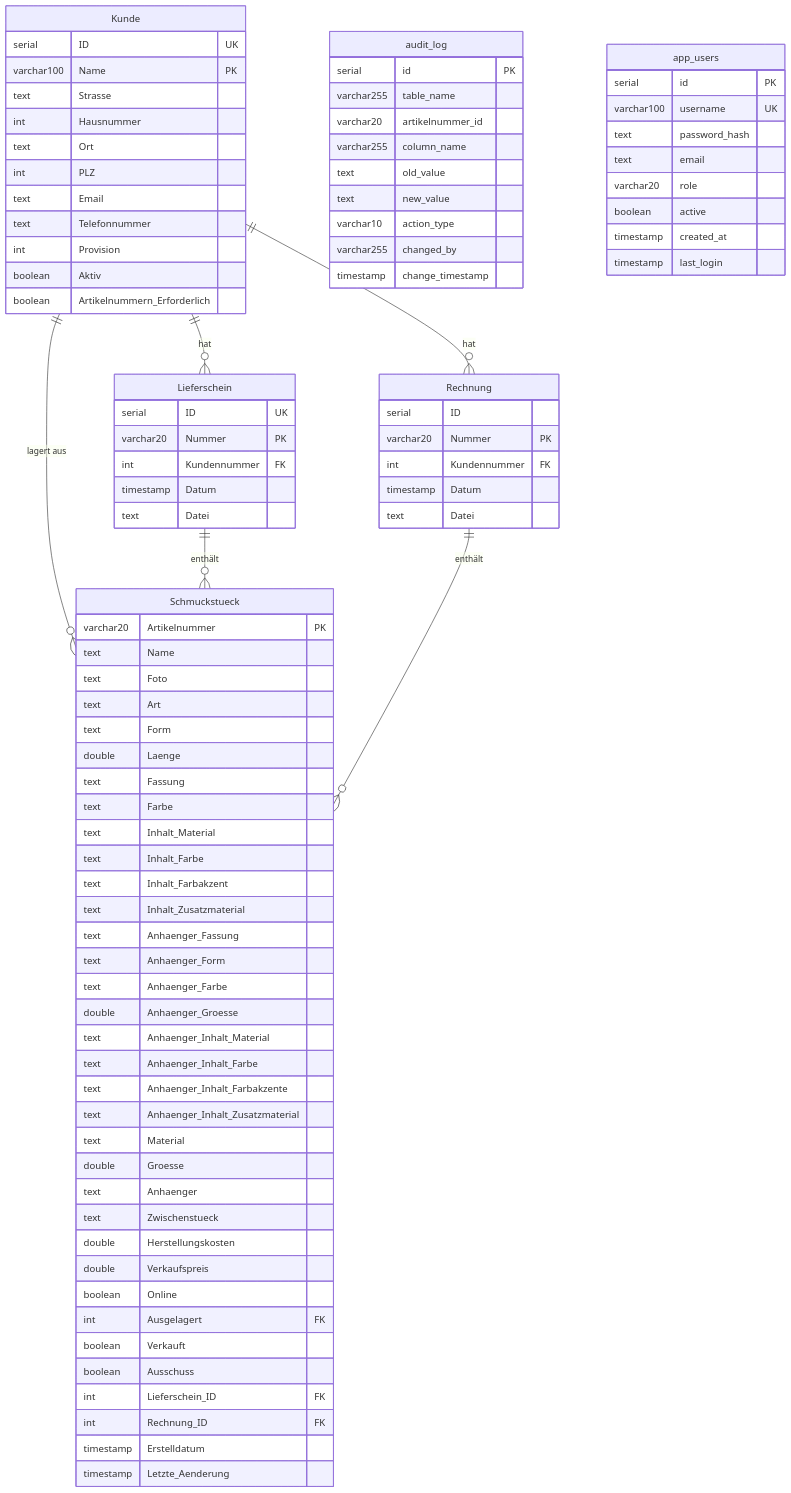
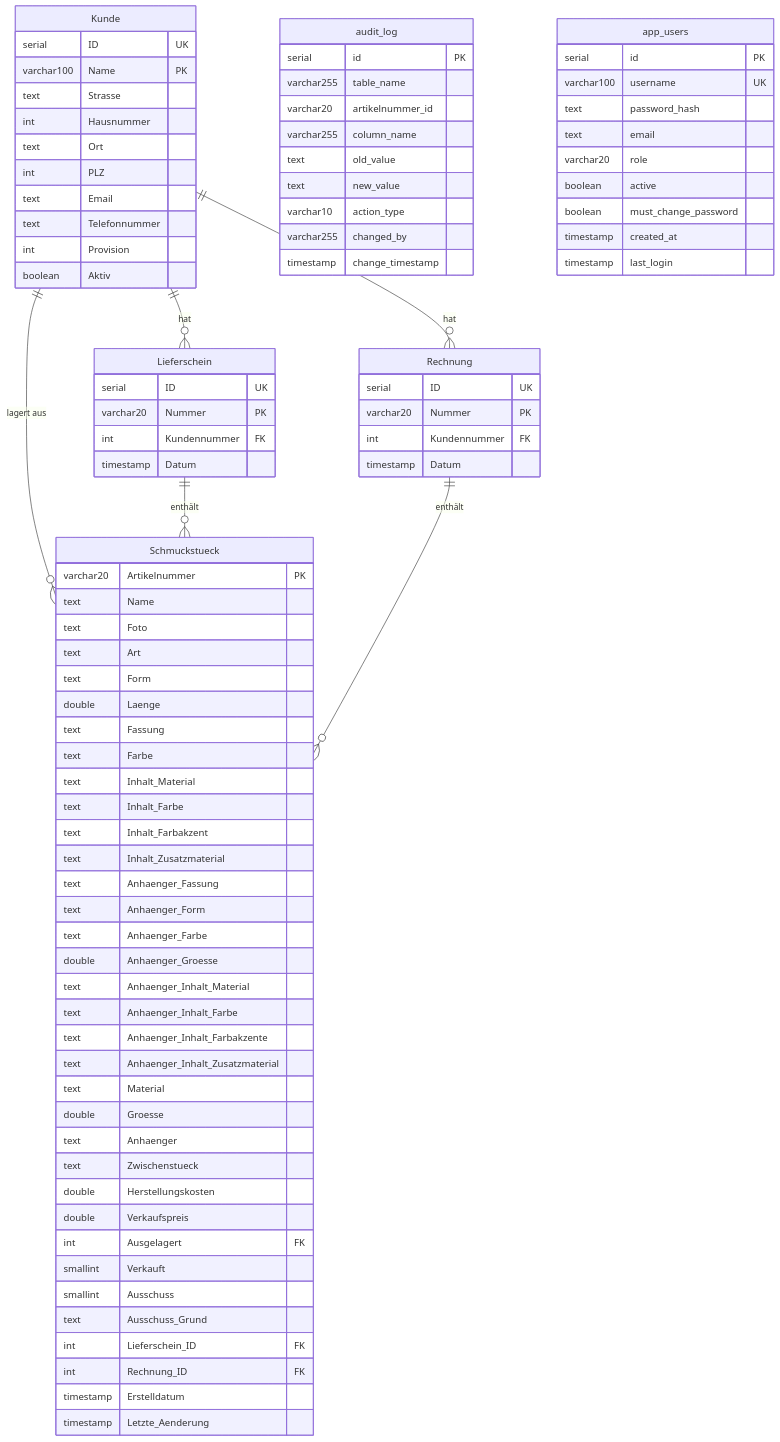
One commit to Revilo91/GoldRegenDB_Web changed the diagram in .github/copilot-instructions.md. Above: the diagram before and after it, drawn with Mermaid. The commit also changed other lines of this file and 2 other files, not shown here.

```diff
--- a/.github/copilot-instructions.md
+++ b/.github/copilot-instructions.md
@@ -32,7 +30,6 @@
         text Telefonnummer
         int Provision
         boolean Aktiv
-        boolean Artikelnummern_Erforderlich
     }
 
     Lieferschein {
@@ -40,15 +37,13 @@
         varchar20 Nummer PK
         int Kundennummer FK
         timestamp Datum
-        text Datei
     }
 
     Rechnung {
-        serial ID
+        serial ID UK
         varchar20 Nummer PK
         int Kundennummer FK
         timestamp Datum
-        text Datei
     }
 
     Schmuckstueck {
@@ -78,10 +73,10 @@
         text Zwischenstueck
         double Herstellungskosten
         double Verkaufspreis
-        boolean Online
         int Ausgelagert FK
-        boolean Verkauft
-        boolean Ausschuss
+        smallint Verkauft
+        smallint Ausschuss
+        text Ausschuss_Grund
         int Lieferschein_ID FK
         int Rechnung_ID FK
         timestamp Erstelldatum
@@ -107,6 +102,7 @@
         text email
         varchar20 role
         boolean active
+        boolean must_change_password
         timestamp created_at
         timestamp last_login
     }
```
